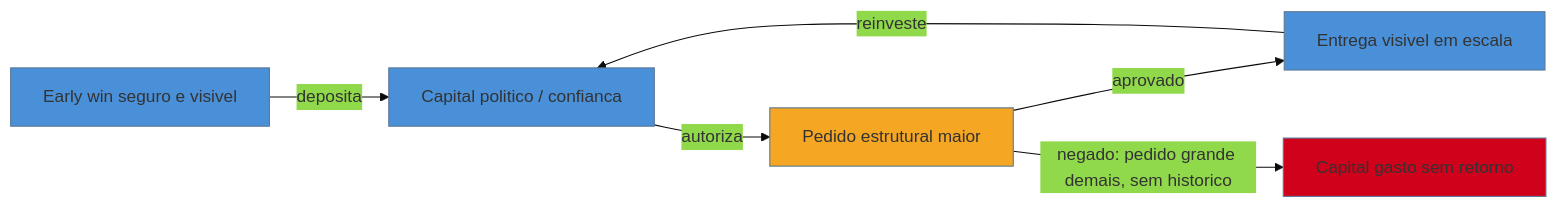
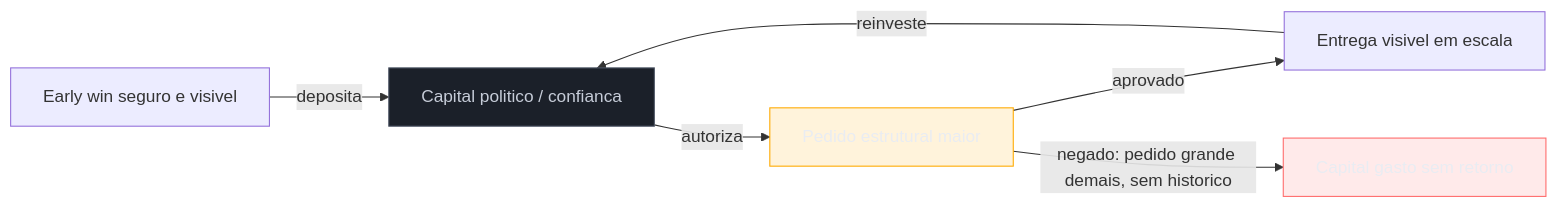
Before and after one commit to josenaldo/codex-technomanticus: the second of 2 diagrams in 03-Dominios/Engenharia/Arqueologia e Restauração de Software/23 - A dimensão política.md, drawn with Mermaid. The commit also changed other lines of this file and 1181 other files, not shown here.

First line of the commit message:
fix(diagramas): paleta do sistema no lugar de cor cravada no markdown

````diff
--- a/03-Dominios/Engenharia/Arqueologia e Restauração de Software/23 - A dimensão política.md
+++ b/03-Dominios/Engenharia/Arqueologia e Restauração de Software/23 - A dimensão política.md
@@ -80,12 +82,14 @@
 ```mermaid
-%%{init: {"theme": "base", "themeVariables": {"primaryColor": "#4A90D9"}}}%%
 graph LR
+    classDef neutro fill:#1B2029,stroke:#4E5666,color:#C6CCD8
+    classDef destaque fill:#FFAA0024,stroke:#FFAA00,color:#E9ECF2
+    classDef falha fill:#FF6B6B24,stroke:#FF6B6B,color:#E9ECF2
     A[Early win seguro e visivel] -->|deposita| B[Capital politico / confianca]
     B -->|autoriza| C[Pedido estrutural maior]
     C -->|aprovado| D[Entrega visivel em escala]
     D -->|reinveste| B
     C -->|negado: pedido grande demais, sem historico| E[Capital gasto sem retorno]
-    style B fill:#4A90D9
-    style C fill:#F5A623
-    style E fill:#D0021B
+    class B neutro
+    class C destaque
+    class E falha
 ```
````
